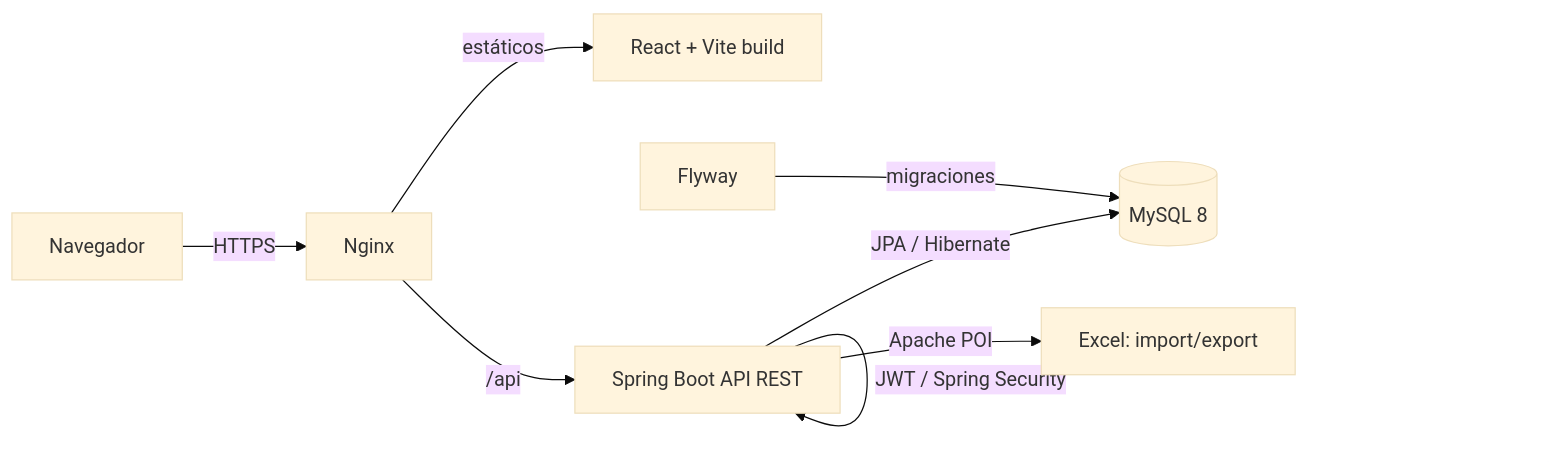
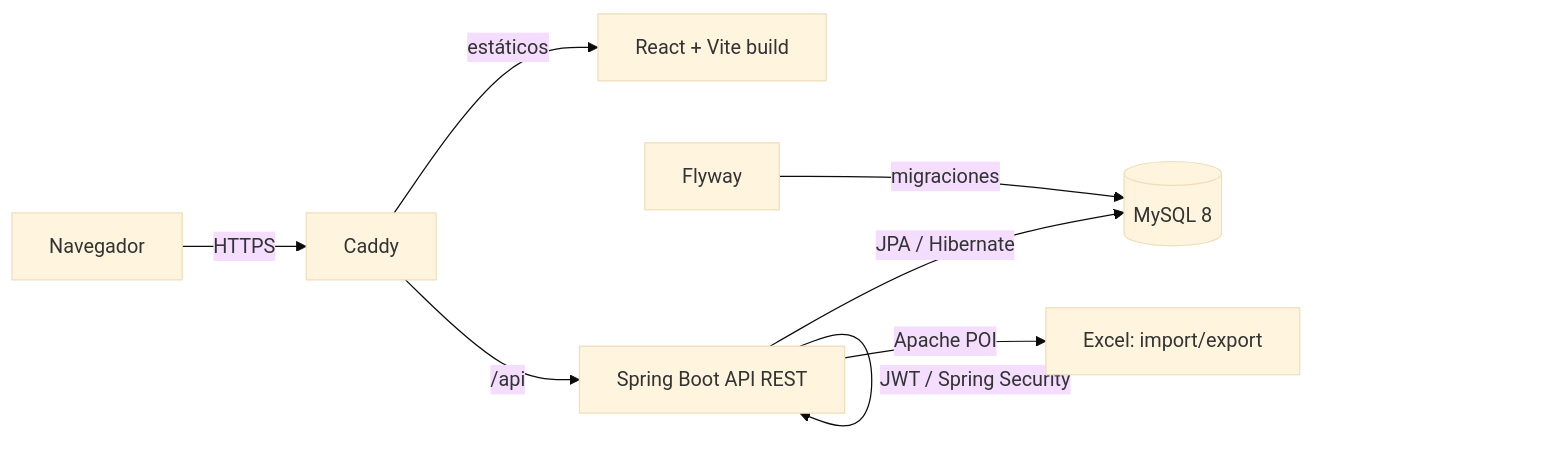
The diagram in README.md (vichinho/dosimetros-sistema), drawn with Mermaid (base theme) before and after one commit. The commit also changed other lines of this file, not shown here.

````diff
--- a/README.md
+++ b/README.md
@@ -103,10 +183,10 @@
 ```mermaid
 flowchart LR
-    U[Navegador] -->|HTTPS| N[Nginx]
-    N -->|estáticos| SPA[React + Vite build]
-    N -->|/api| API[Spring Boot API REST]
+    U[Navegador] -->|HTTPS| C[Caddy]
+    C -->|estáticos| SPA[React + Vite build]
+    C -->|/api| API[Spring Boot API REST]
     API -->|JWT / Spring Security| API
     API -->|JPA / Hibernate| DB[(MySQL 8)]
     API -->|Apache POI| XLS[Excel: import/export]
     FW[Flyway] -->|migraciones| DB
 ```
````
